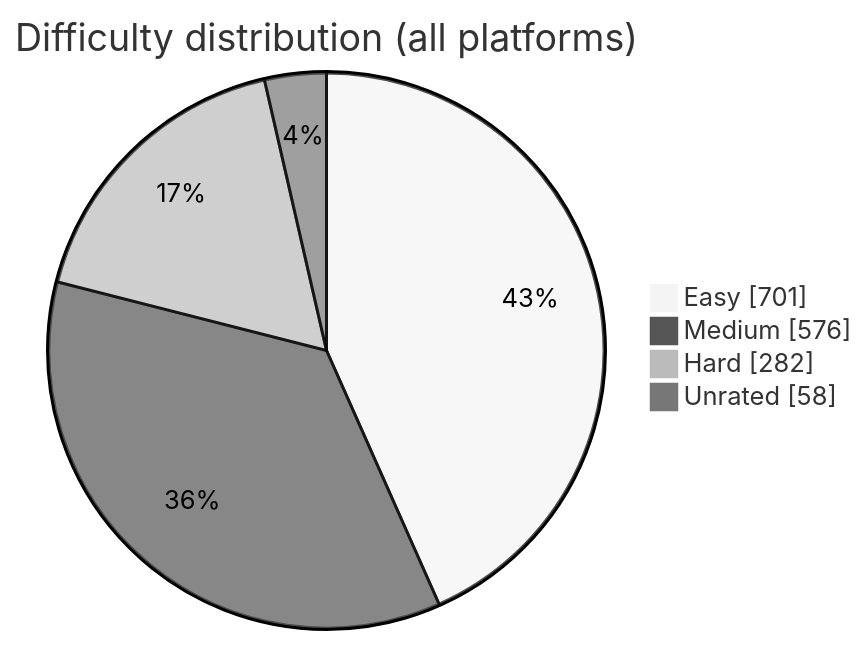
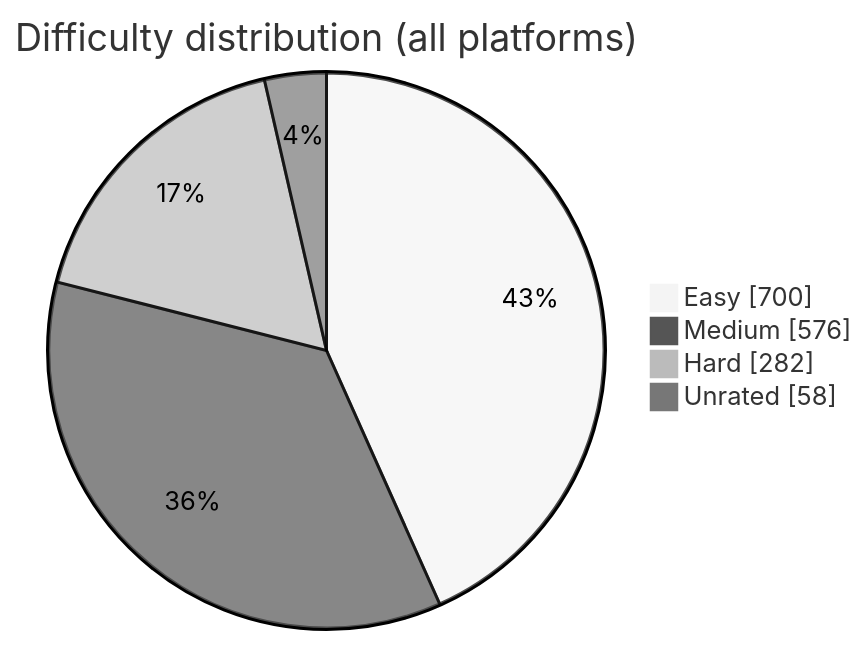
One commit to BuildbyArindam/Daily-Coding-Log changed the diagram in README.md. Above: the diagram before and after it, drawn with Mermaid (neutral theme). The commit also changed other lines of this file, not shown here.

````diff
--- a/README.md
+++ b/README.md
@@ -93,7 +93,7 @@
 ```mermaid
 pie showData title Difficulty distribution (all platforms)
-    "Easy" : 701
+    "Easy" : 700
     "Medium" : 576
     "Hard" : 282
     "Unrated" : 58
 ```
````
